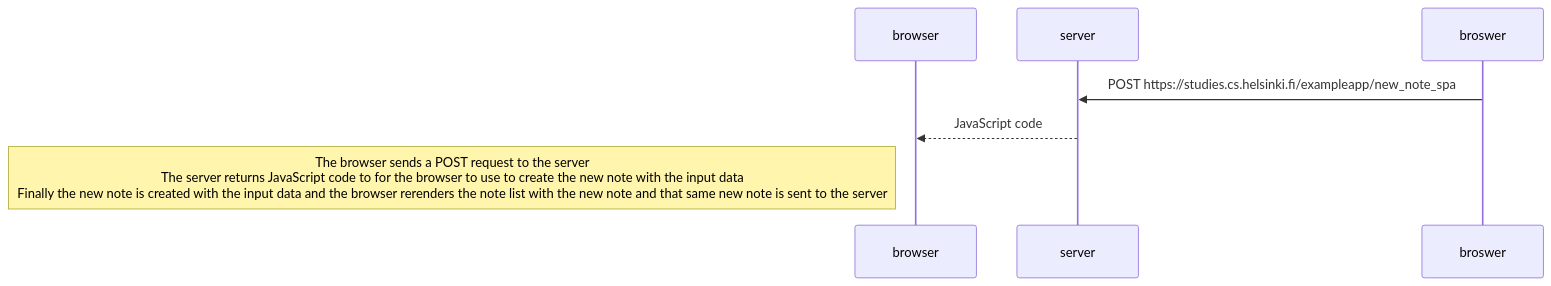
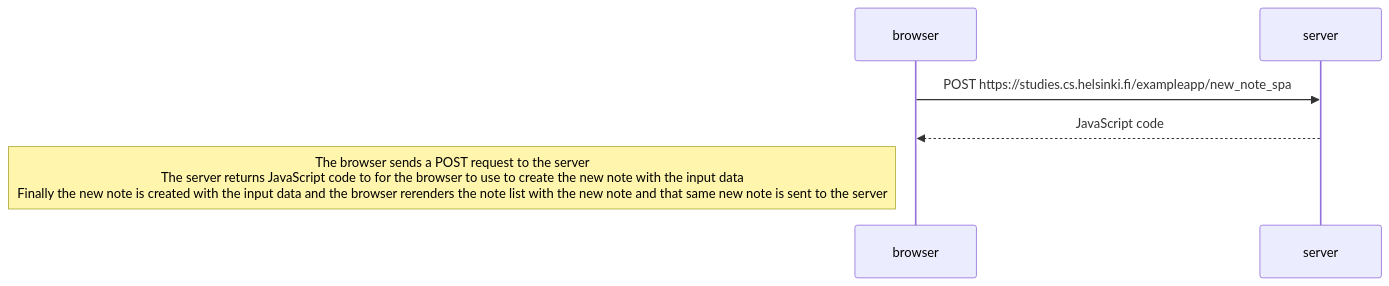
One commit to ThomasYang1275/Fullstack changed the diagram in part 0.6.md. Above: the diagram before and after it, drawn with Mermaid.

Commit message:
Update part 0.6.md
fixed a typo

````diff
--- a/part 0.6.md
+++ b/part 0.6.md
@@ -1,10 +1,10 @@
 ```mermaid
 sequenceDiagram
     participant browser
     participant server
 
-    broswer->>server: POST https://studies.cs.helsinki.fi/exampleapp/new_note_spa
+    browser->>server: POST https://studies.cs.helsinki.fi/exampleapp/new_note_spa
     server-->>browser: JavaScript code
 
     Note left of browser: The browser sends a POST request to the server<br/>The server returns JavaScript code to for the browser to use to create the new note with the input data<br/>Finally the new note is created with the input data and the browser rerenders the note list with the new note and that same new note is sent to the server
 ```
````
